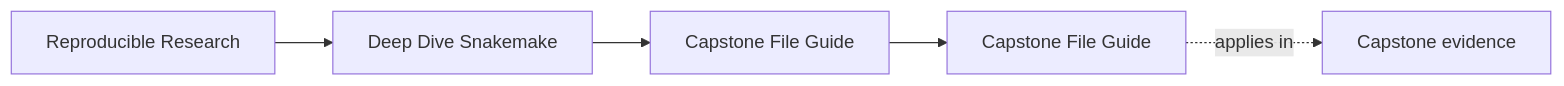
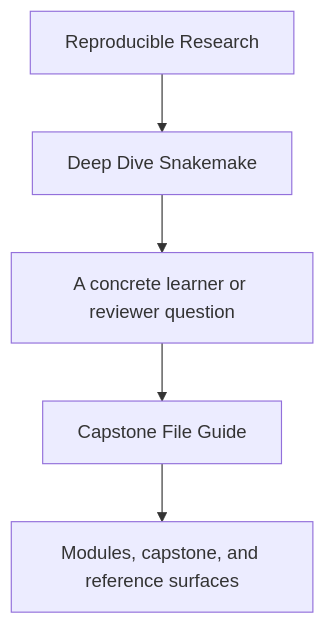
One commit to bijux/bijux-masterclass changed the first of 2 diagrams in programs/reproducible-research/deep-dive-snakemake/course-book/guides/capstone-file-guide.md. Above: the diagram before and after it, drawn with Mermaid. The commit also changed other lines of this file and 29 other files, not shown here.

Commit message:
docs(deep-dive-snakemake): sharpen guide and reference diagrams

````diff
--- a/programs/reproducible-research/deep-dive-snakemake/course-book/guides/capstone-file-guide.md
+++ b/programs/reproducible-research/deep-dive-snakemake/course-book/guides/capstone-file-guide.md
@@ -9,11 +9,7 @@
 ```mermaid
-graph LR
-  family["Reproducible Research"]
-  program["Deep Dive Snakemake"]
-  section["Capstone File Guide"]
-  page["Capstone File Guide"]
-  capstone["Capstone evidence"]
-
-  family --> program --> section --> page
-  page -.applies in.-> capstone
+flowchart TD
+  family["Reproducible Research"] --> program["Deep Dive Snakemake"]
+  program --> pressure["A concrete learner or reviewer question"]
+  pressure --> guide["Capstone File Guide"]
+  guide --> next["Modules, capstone, and reference surfaces"]
 ```
````
